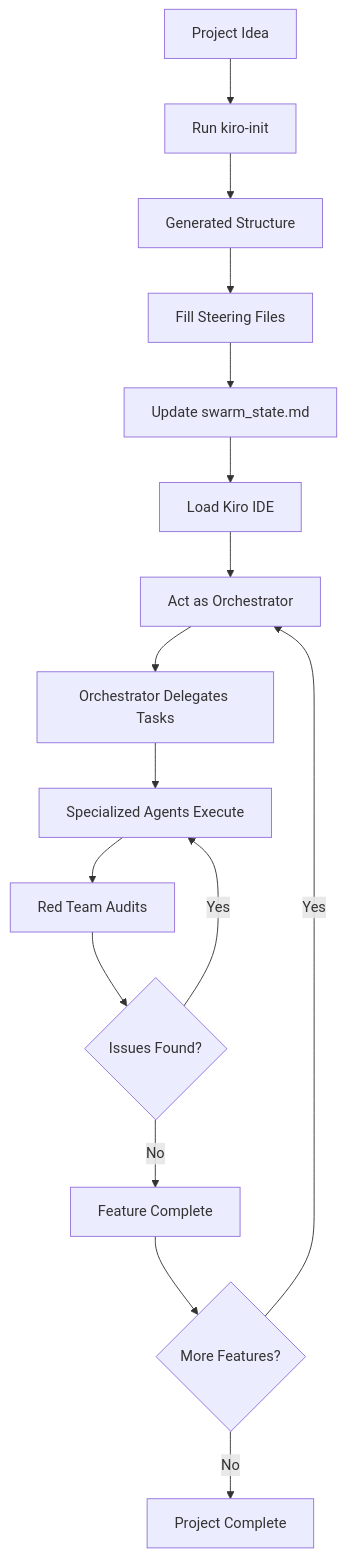
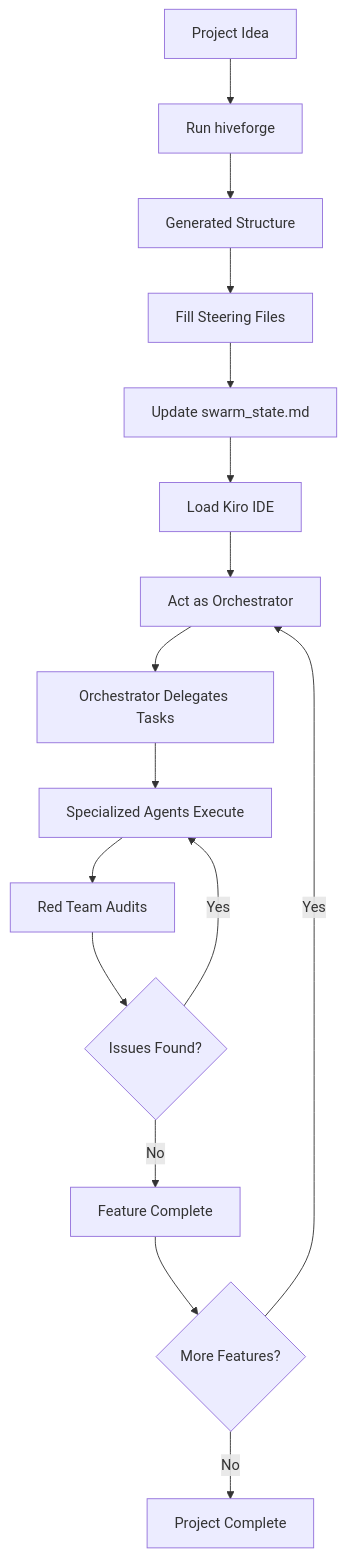
The first of 4 diagrams in WORKFLOW.md (asoshnin/HiveForge), drawn with Mermaid before and after one commit. The commit also changed other lines of this file and 75 other files, not shown here.

````diff
--- a/WORKFLOW.md
+++ b/WORKFLOW.md
@@ -35,18 +35,18 @@
 ```mermaid
 graph TD
-    A[Project Idea] --> B[Run kiro-init]
+    A[Project Idea] --> B[Run hiveforge]
     B --> C[Generated Structure]
     C --> D[Fill Steering Files]
     D --> E[Update swarm_state.md]
     E --> F[Load Kiro IDE]
     F --> G[Act as Orchestrator]
     G --> H[Orchestrator Delegates Tasks]
     H --> I[Specialized Agents Execute]
     I --> J[Red Team Audits]
     J --> K{Issues Found?}
     K -->|Yes| I
     K -->|No| L[Feature Complete]
     L --> M{More Features?}
     M -->|Yes| G
     M -->|No| N[Project Complete]
 ```
````
